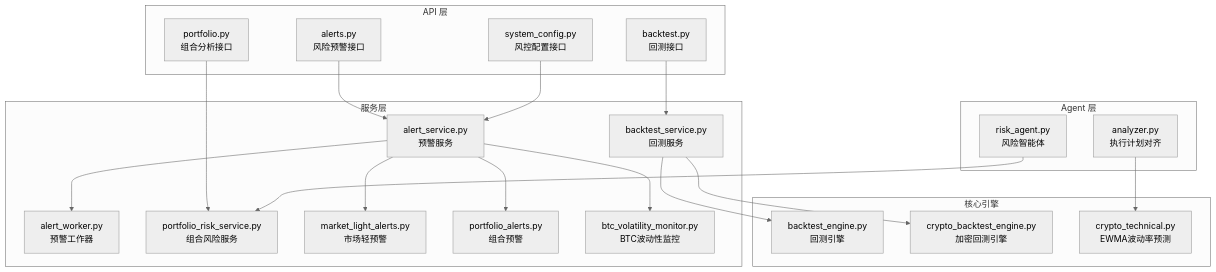
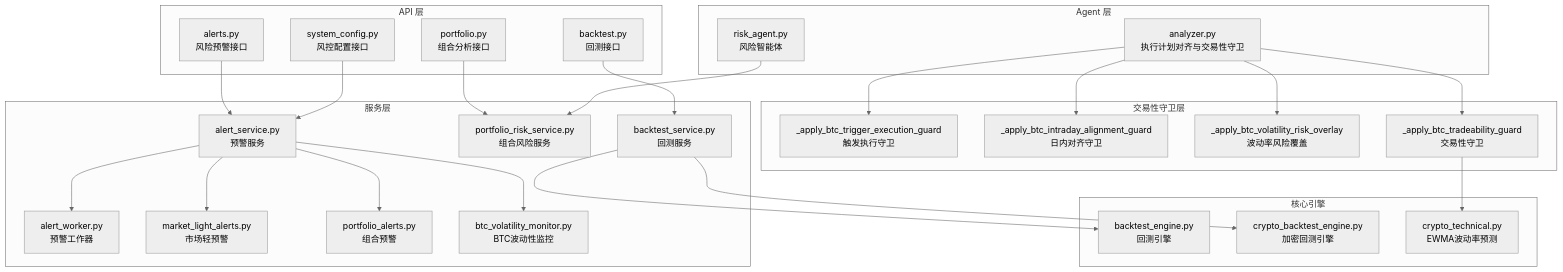
Before and after one commit to anYaoooo/daily_stock_analysis: the first of 8 diagrams in .qoder/repowiki/zh/content/交易策略系统/风险管理.md, drawn with Mermaid (neutral theme). The commit also changed other lines of this file and 140 other files, not shown here.

````diff
--- a/.qoder/repowiki/zh/content/交易策略系统/风险管理.md
+++ b/.qoder/repowiki/zh/content/交易策略系统/风险管理.md
@@ -59,39 +58,49 @@
 ```mermaid
 graph TB
 subgraph "API 层"
 A1["alerts.py<br/>风险预警接口"]
 A2["backtest.py<br/>回测接口"]
 A3["portfolio.py<br/>组合分析接口"]
 A4["system_config.py<br/>风控配置接口"]
 end
 subgraph "服务层"
 S1["alert_service.py<br/>预警服务"]
 S2["alert_worker.py<br/>预警工作器"]
 S3["portfolio_risk_service.py<br/>组合风险服务"]
 S4["market_light_alerts.py<br/>市场轻预警"]
 S5["portfolio_alerts.py<br/>组合预警"]
 S6["btc_volatility_monitor.py<br/>BTC波动性监控"]
 S7["backtest_service.py<br/>回测服务"]
 end
 subgraph "Agent 层"
 G1["risk_agent.py<br/>风险智能体"]
-G2["analyzer.py<br/>执行计划对齐"]
+G2["analyzer.py<br/>执行计划对齐与交易性守卫"]
 end
 subgraph "核心引擎"
 E1["backtest_engine.py<br/>回测引擎"]
 E2["crypto_backtest_engine.py<br/>加密回测引擎"]
 E3["crypto_technical.py<br/>EWMA波动率预测"]
+end
+subgraph "交易性守卫层"
+T1["_apply_btc_trigger_execution_guard<br/>触发执行守卫"]
+T2["_apply_btc_intraday_alignment_guard<br/>日内对齐守卫"]
+T3["_apply_btc_volatility_risk_overlay<br/>波动率风险覆盖"]
+T4["_apply_btc_tradeability_guard<br/>交易性守卫"]
 end
 A1 --> S1
 A2 --> S7
 A3 --> S3
 A4 --> S1
 S1 --> S2
 S1 --> S4
 S1 --> S5
 S1 --> S6
 S7 --> E1
 S7 --> E2
 G1 --> S3
-G2 --> E3
+G2 --> T1
+G2 --> T2
+G2 --> T3
+G2 --> T4
+T4 --> E3
 ```
````
